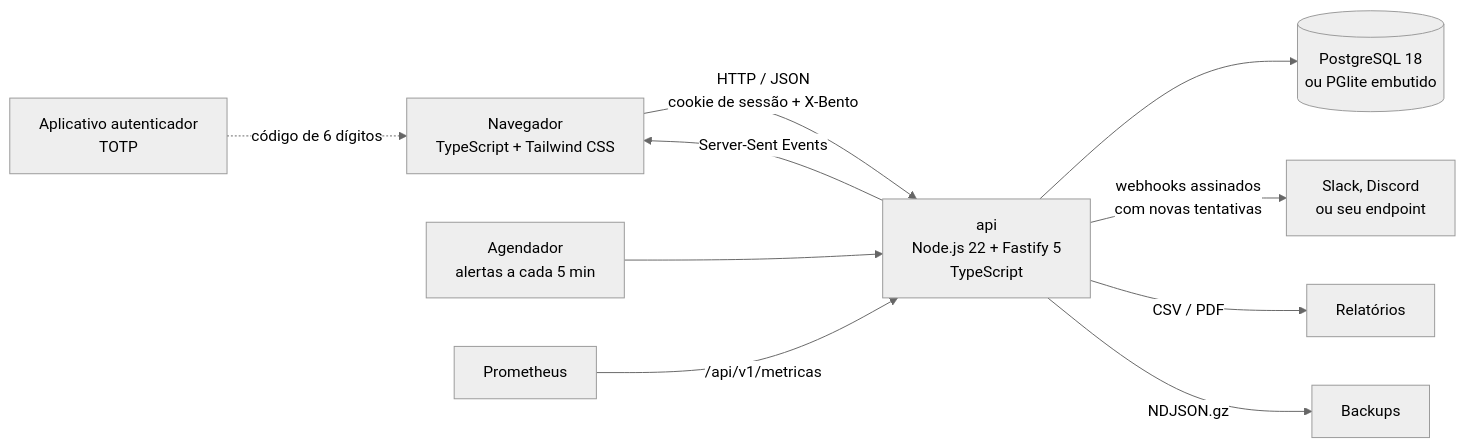
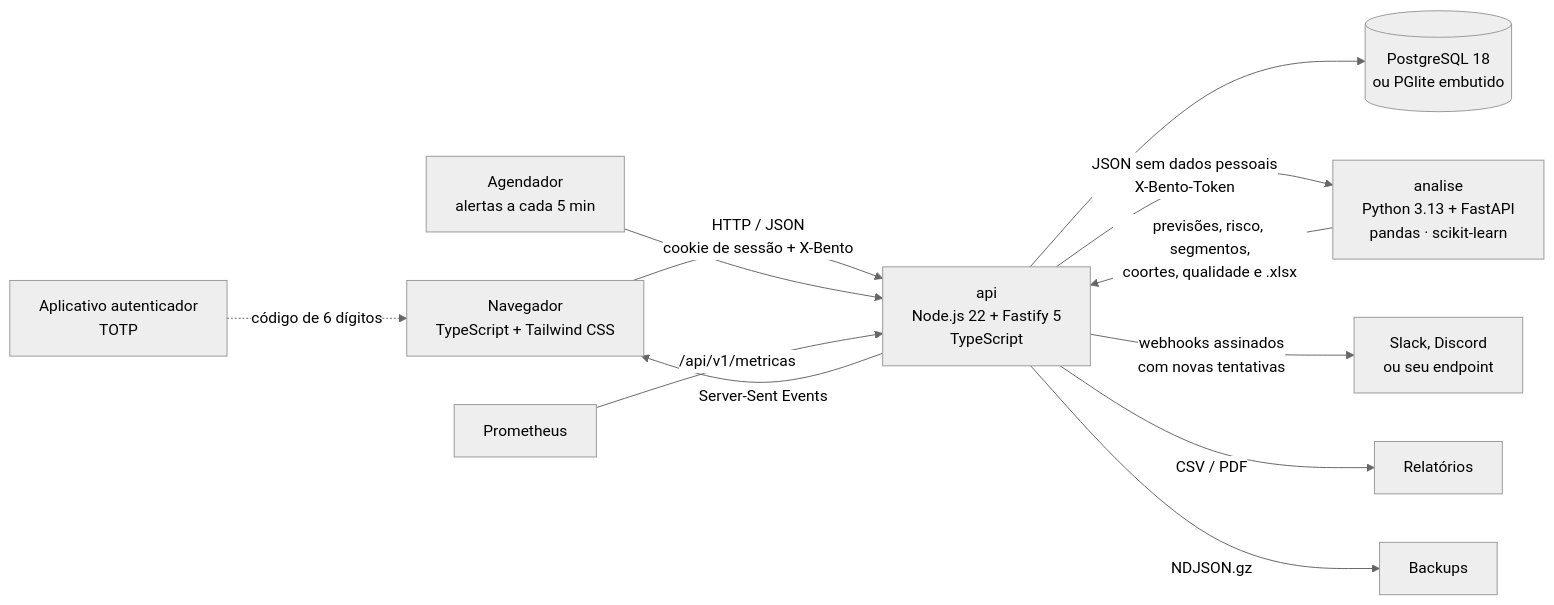
One commit to ravelroot/Data-Driven-Admin-Panel changed the diagram in README.md. Above: the diagram before and after it, drawn with Mermaid (neutral theme). The commit also changed other lines of this file and 61 other files, not shown here.

````diff
--- a/README.md
+++ b/README.md
@@ -74,12 +90,14 @@
 ```mermaid
 flowchart LR
     UI["Navegador<br/>TypeScript + Tailwind CSS"] -- "HTTP / JSON<br/>cookie de sessão + X-Bento" --> API["api<br/>Node.js 22 + Fastify 5<br/>TypeScript"]
     API -- "Server-Sent Events" --> UI
     API --> BD[("PostgreSQL 18<br/>ou PGlite embutido")]
+    API -- "JSON sem dados pessoais<br/>X-Bento-Token" --> PY["analise<br/>Python 3.13 + FastAPI<br/>pandas · scikit-learn"]
+    PY -- "previsões, risco, segmentos,<br/>coortes, qualidade e .xlsx" --> API
     API -- "webhooks assinados<br/>com novas tentativas" --> EXT["Slack, Discord<br/>ou seu endpoint"]
     API -- "CSV / PDF" --> REL["Relatórios"]
     API -- "NDJSON.gz" --> BKP["Backups"]
     AG["Agendador<br/>alertas a cada 5 min"] --> API
     APP["Aplicativo autenticador<br/>TOTP"] -. "código de 6 dígitos" .-> UI
     PROM["Prometheus"] -- "/api/v1/metricas" --> API
 ```
````
